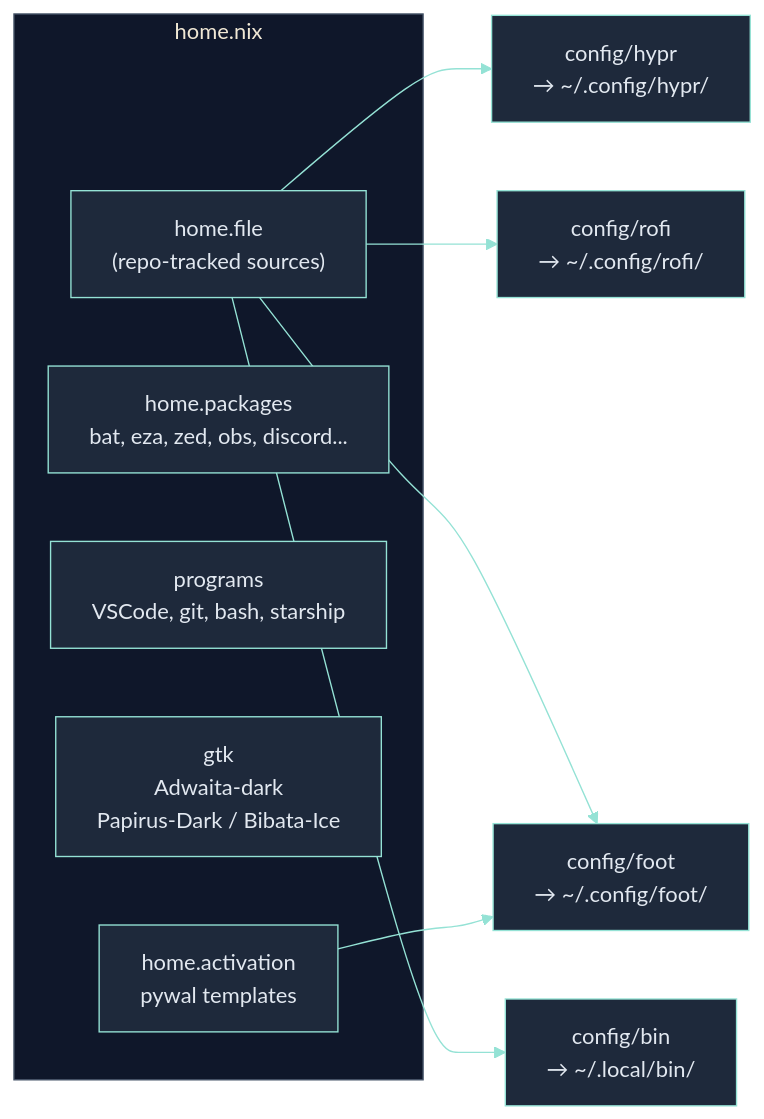
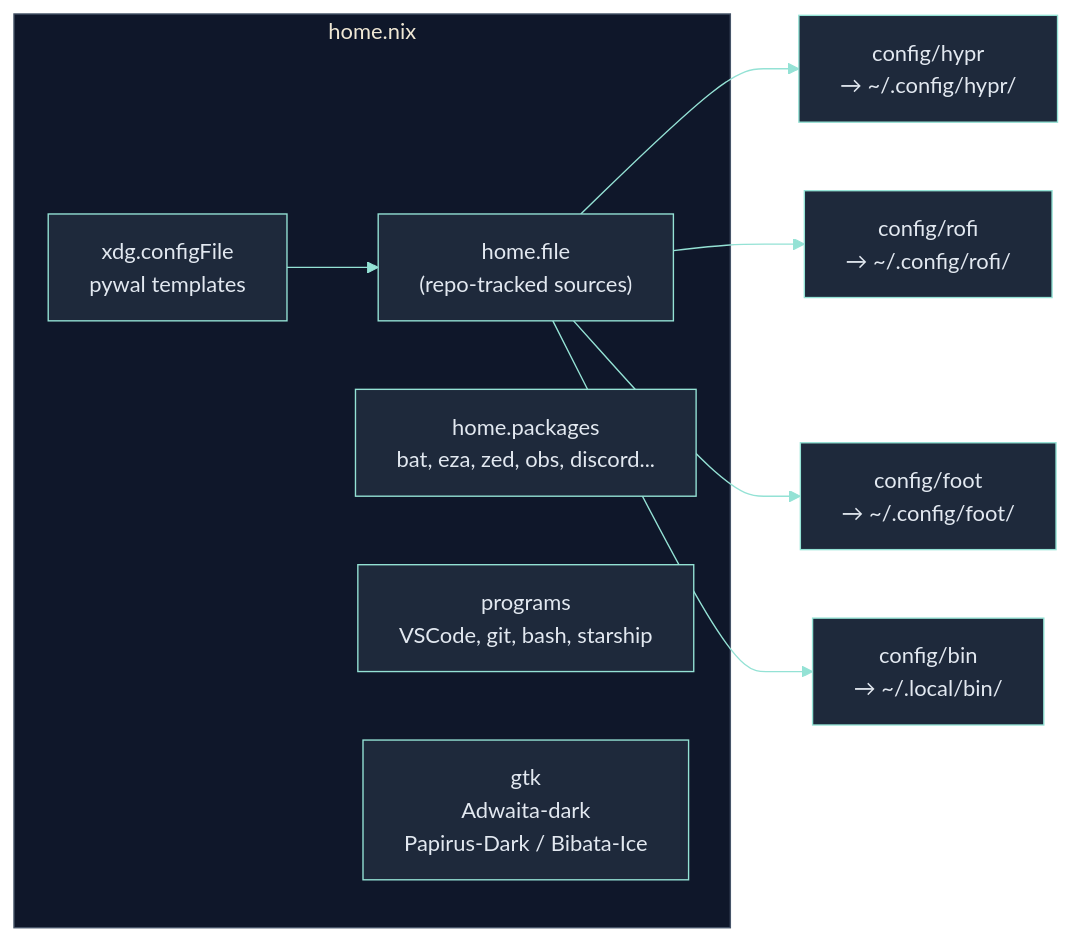
The fourth of 8 diagrams in docs/README.md (RomeoCavazza/nixos-config), drawn with Mermaid before and after one commit. The commit also changed other lines of this file and 18 other files, not shown here.

````diff
--- a/docs/README.md
+++ b/docs/README.md
@@ -185,22 +184,22 @@
 ```mermaid
 %%{init: {'theme': 'base', 'themeVariables': { 'primaryColor': '#1e293b', 'secondaryColor': '#0f172a', 'tertiaryColor': '#0f172a', 'primaryBorderColor': '#94e2d5', 'lineColor': '#94e2d5', 'primaryTextColor': '#e2e8f0', 'clusterBkg': '#0f172a', 'clusterBorder': '#475569' }}}%%
 flowchart LR
   subgraph hm["home.nix"]
     dotfiles["home.file\n(repo-tracked sources)"]
     pkgs["home.packages\nbat, eza, zed, obs, discord..."]
     progs["programs\nVSCode, git, bash, starship"]
     gtk["gtk\nAdwaita-dark\nPapirus-Dark / Bibata-Ice"]
-    act["home.activation\npywal templates"]
+    wal["xdg.configFile\npywal templates"]
   end
 
   hypr["config/hypr\n→ ~/.config/hypr/"]
   rofi["config/rofi\n→ ~/.config/rofi/"]
   foot["config/foot\n→ ~/.config/foot/"]
   bin["config/bin\n→ ~/.local/bin/"]
 
   dotfiles --> hypr
 dotfiles --> rofi
 dotfiles --> foot
 dotfiles --> bin
-act --> foot
+wal --> dotfiles
 ```
````
